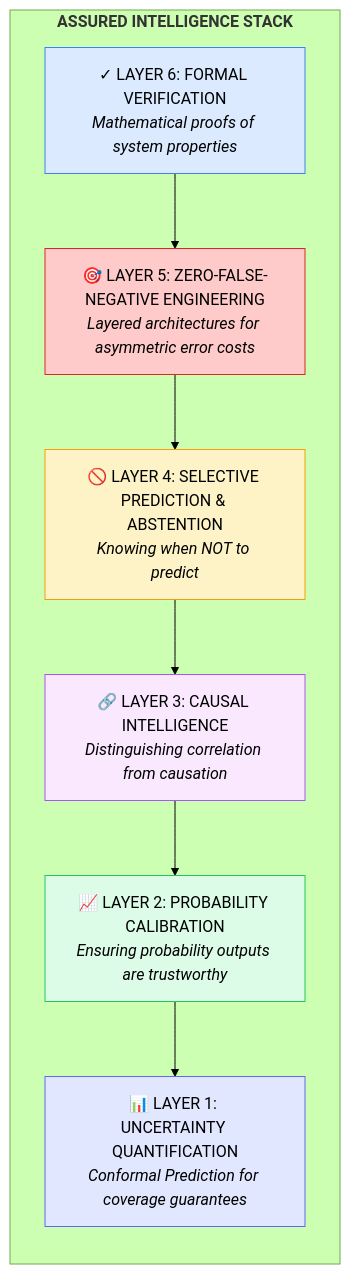
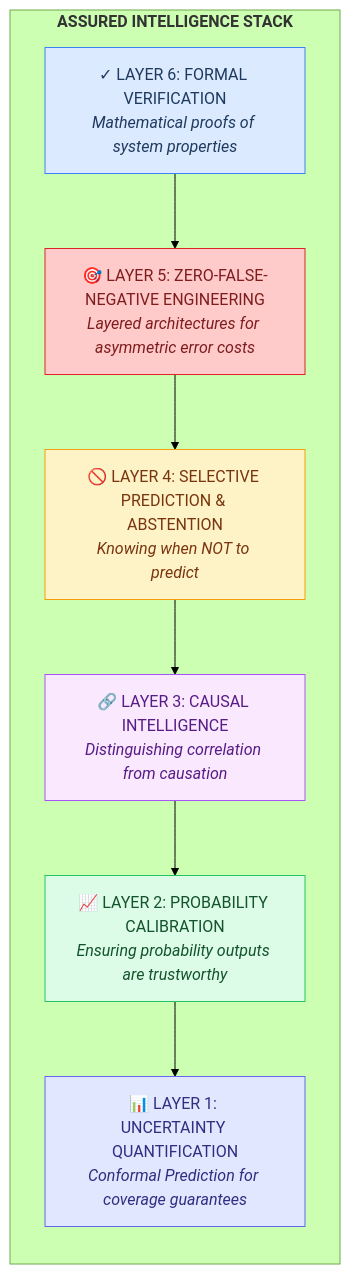
The first of 4 diagrams in docs/ASSURED-INTELLIGENCE.md (asq-sheriff/AI-Production-Checklist), drawn with Mermaid (forest theme) before and after one commit. The commit also changed other lines of this file and 8 other files, not shown here.

First line of the commit message:
Fix text contrast in all Mermaid diagrams

````diff
--- a/docs/ASSURED-INTELLIGENCE.md
+++ b/docs/ASSURED-INTELLIGENCE.md
@@ -42,21 +42,21 @@
 ```mermaid
 flowchart TB
     subgraph stack[<b>ASSURED INTELLIGENCE STACK</b>]
         direction TB
         L6[✓ LAYER 6: FORMAL VERIFICATION<br/><i>Mathematical proofs of system properties</i>]
         L5[🎯 LAYER 5: ZERO-FALSE-NEGATIVE ENGINEERING<br/><i>Layered architectures for asymmetric error costs</i>]
         L4[🚫 LAYER 4: SELECTIVE PREDICTION & ABSTENTION<br/><i>Knowing when NOT to predict</i>]
         L3[🔗 LAYER 3: CAUSAL INTELLIGENCE<br/><i>Distinguishing correlation from causation</i>]
         L2[📈 LAYER 2: PROBABILITY CALIBRATION<br/><i>Ensuring probability outputs are trustworthy</i>]
         L1[📊 LAYER 1: UNCERTAINTY QUANTIFICATION<br/><i>Conformal Prediction for coverage guarantees</i>]
 
         L6 --> L5 --> L4 --> L3 --> L2 --> L1
     end
 
-    style L6 fill:#dbeafe,stroke:#3b82f6
-    style L5 fill:#fecaca,stroke:#dc2626
-    style L4 fill:#fef3c7,stroke:#f59e0b
-    style L3 fill:#fae8ff,stroke:#a855f7
-    style L2 fill:#dcfce7,stroke:#22c55e
-    style L1 fill:#e0e7ff,stroke:#6366f1
+    style L6 fill:#dbeafe,stroke:#3b82f6,color:#1e3a5f
+    style L5 fill:#fecaca,stroke:#dc2626,color:#7f1d1d
+    style L4 fill:#fef3c7,stroke:#f59e0b,color:#78350f
+    style L3 fill:#fae8ff,stroke:#a855f7,color:#581c87
+    style L2 fill:#dcfce7,stroke:#22c55e,color:#14532d
+    style L1 fill:#e0e7ff,stroke:#6366f1,color:#312e81
 ```
````
